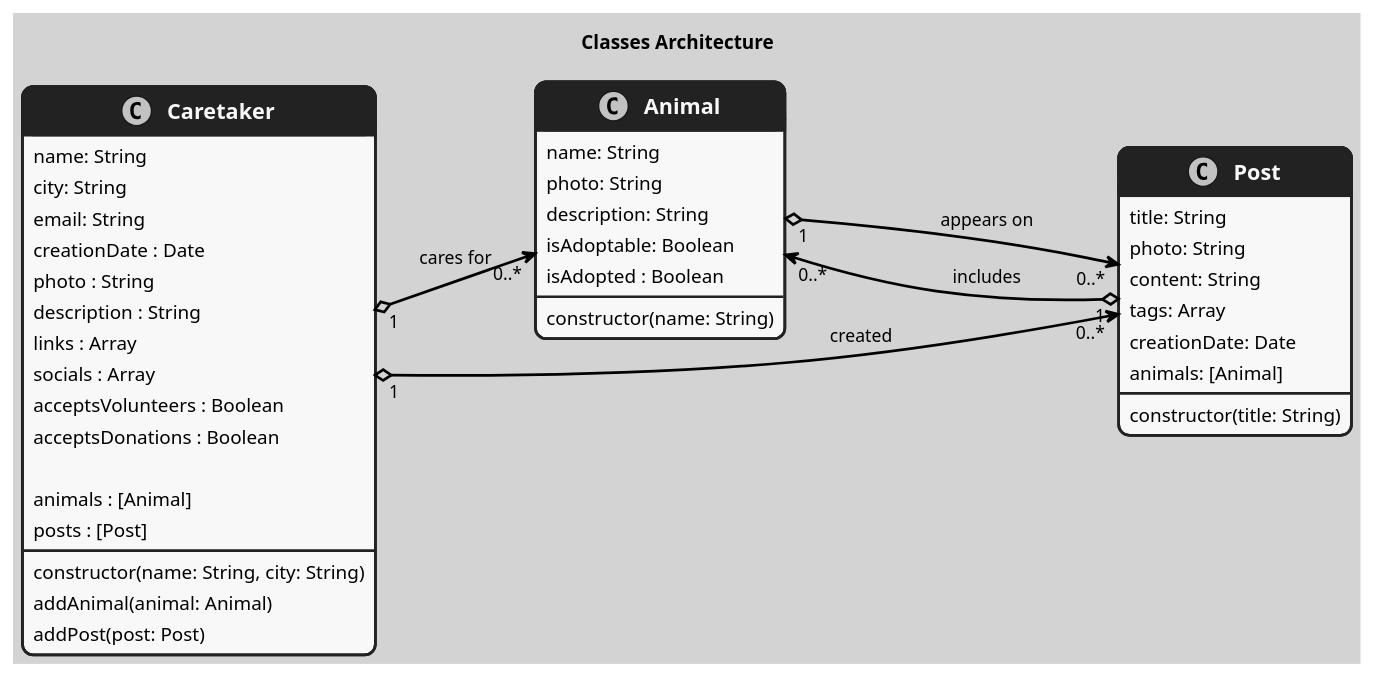
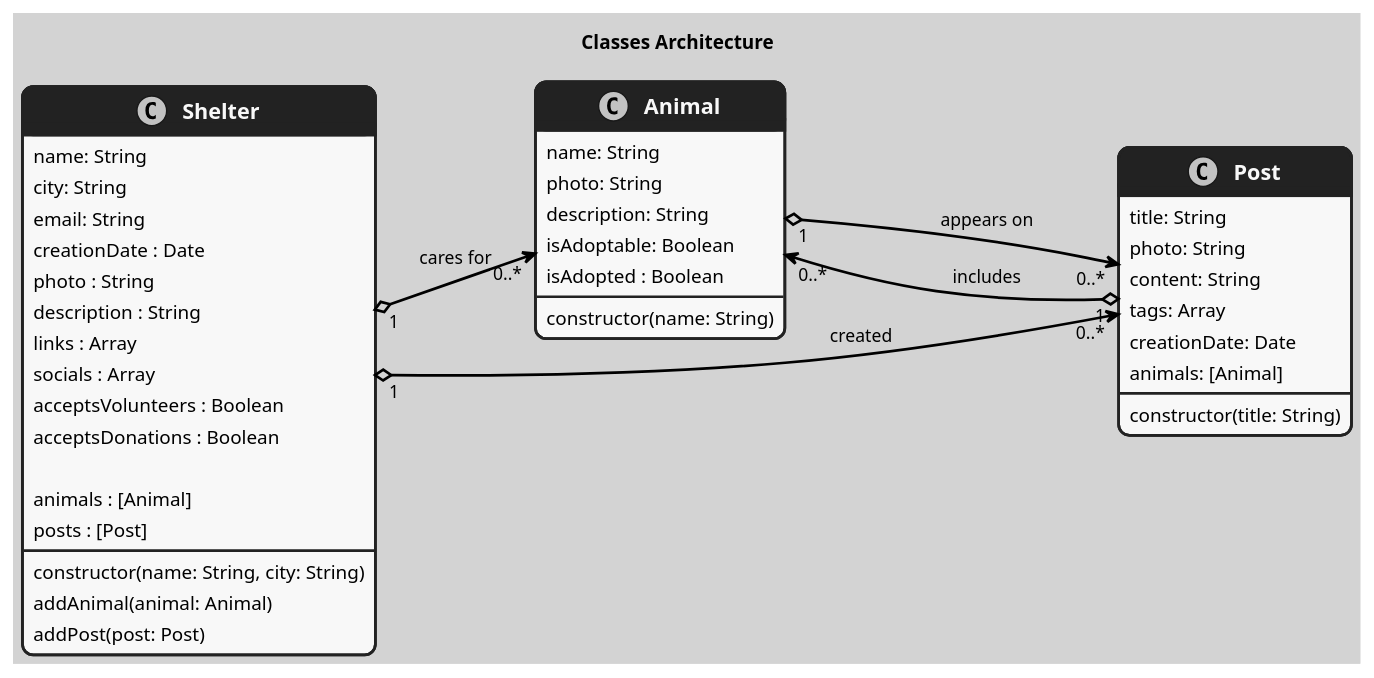
One commit to gabysantosw/codename-paws changed the diagram in backend/diagrams/class.puml. Above: the diagram before and after it, drawn with PlantUML. The commit also changed 19 other files, not shown here.

Commit message:
Change all use of 'Caretaker' to 'Shelter' for better semantics

```diff
--- a/backend/diagrams/class.puml
+++ b/backend/diagrams/class.puml
@@ -1,66 +1,66 @@
 @startuml Classes Diagram 
 Title Classes Architecture
 
 left to right direction
 skinparam Monochrome true
 skinparam BackgroundColor LightGray
 skinparam ClassBackgroundColor GhostWhite
 skinparam ClassFontSize 16
 skinparam ClassFontStyle bold
 skinparam ClassBorderThickness 2
 skinparam ClassBorderColor midnightblue
 skinparam ClassHeaderBackgroundColor midnightblue
 skinparam ClassFontColor ghostwhite
 skinparam ArrowColor black
 skinparam ArrowThickness 2
 skinparam roundCorner 16
 skinparam Shadowing false
 skinparam Padding 2
 
-class Caretaker {
+class Shelter {
   name: String
   city: String
   email: String
   creationDate : Date
   photo : String
   description : String
   links : Array
   socials : Array
   acceptsVolunteers : Boolean
   acceptsDonations : Boolean
 
   animals : [Animal]
   posts : [Post]
 
   constructor(name: String, city: String)
   addAnimal(animal: Animal)
   addPost(post: Post)
 }
 
 class Animal {
   name: String
   photo: String
   description: String
   isAdoptable: Boolean
   isAdopted : Boolean
   
   constructor(name: String)
 }
 
 class Post {
   title: String
   photo: String
   content: String
   tags: Array
   creationDate: Date
   animals: [Animal]
     
   constructor(title: String)
 }
 
 
-Caretaker "1" o--> "0..*" Animal : cares for
-Caretaker "1" o--> "0..*" Post : created
+Shelter "1" o--> "0..*" Animal : cares for
+Shelter "1" o--> "0..*" Post : created
 Animal "1" o---> "0..*" Post : appears on
 Post "1" o--> "0..*" Animal : includes
 @enduml
```
